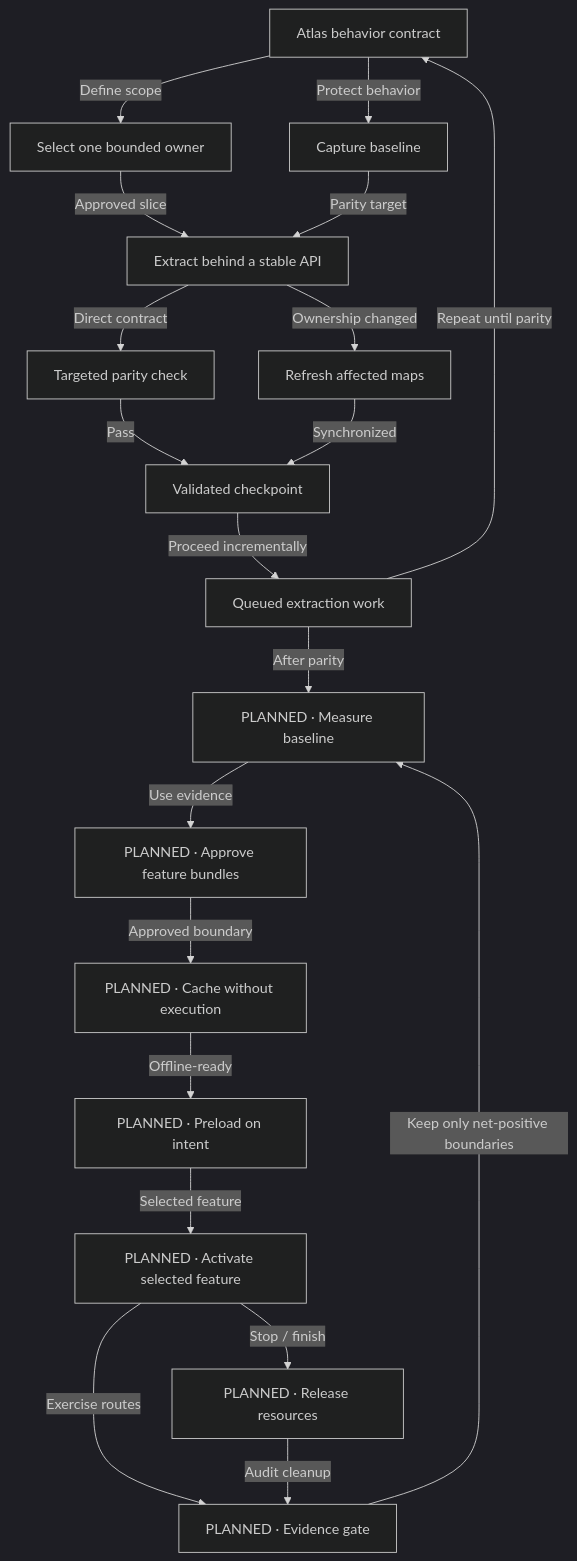
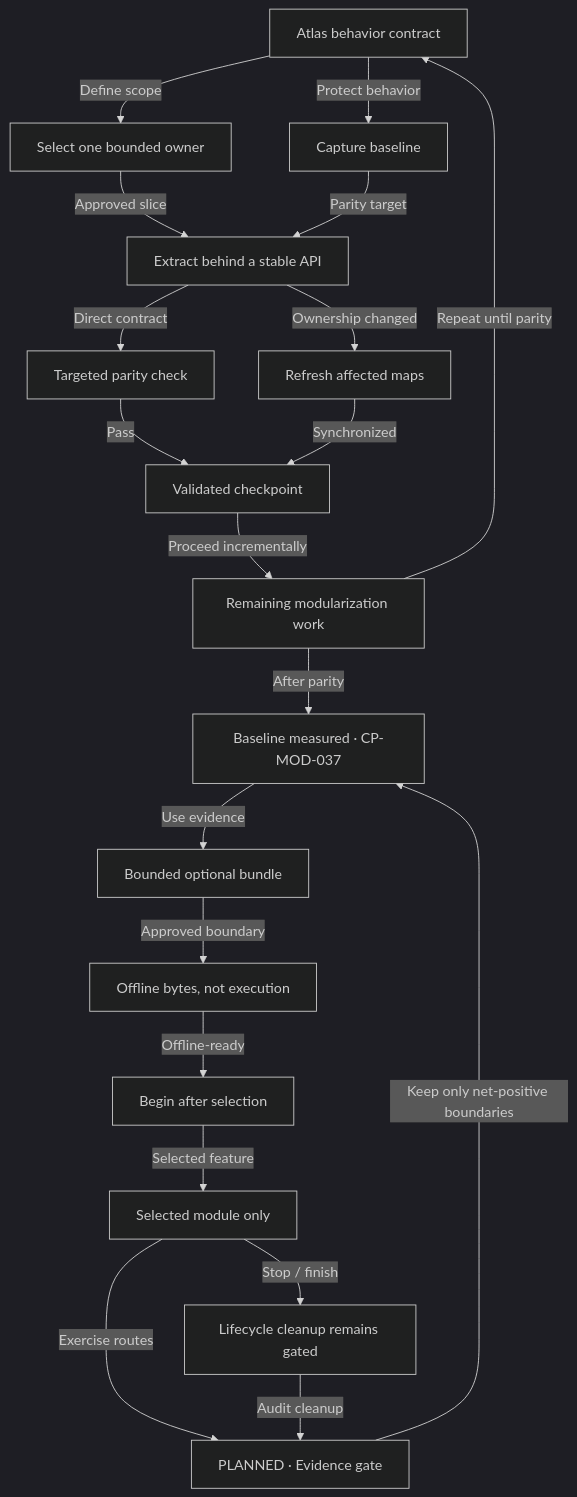
The third of 43 diagrams in docs/app-map/FLOW-REFERENCE.md (missionode/lite), drawn with Mermaid (dark theme) before and after one commit. The commit also changed other lines of this file and 47 other files, not shown here.

````diff
--- a/docs/app-map/FLOW-REFERENCE.md
+++ b/docs/app-map/FLOW-REFERENCE.md
@@ -159,37 +159,37 @@
 ```mermaid
 flowchart TD
   atlas["Atlas behavior contract"]
   boundary["Select one bounded owner"]
   baseline["Capture baseline"]
   extract["Extract behind a stable API"]
   test["Targeted parity check"]
   maps["Refresh affected maps"]
   checkpoint["Validated checkpoint"]
-  next["Queued extraction work"]
-  measure["PLANNED · Measure baseline"]
-  partition["PLANNED · Approve feature bundles"]
-  cache["PLANNED · Cache without execution"]
-  preload["PLANNED · Preload on intent"]
-  activate["PLANNED · Activate selected feature"]
-  release["PLANNED · Release resources"]
+  next["Remaining modularization work"]
+  measure["Baseline measured · CP-MOD-037"]
+  partition["Bounded optional bundle"]
+  cache["Offline bytes, not execution"]
+  preload["Begin after selection"]
+  activate["Selected module only"]
+  release["Lifecycle cleanup remains gated"]
   verify["PLANNED · Evidence gate"]
   atlas -->|"Define scope"| boundary
   atlas -->|"Protect behavior"| baseline
   boundary -->|"Approved slice"| extract
   baseline -->|"Parity target"| extract
   extract -->|"Direct contract"| test
   extract -->|"Ownership changed"| maps
   test -->|"Pass"| checkpoint
   maps -->|"Synchronized"| checkpoint
   checkpoint -->|"Proceed incrementally"| next
   next -->|"Repeat until parity"| atlas
   next -->|"After parity"| measure
   measure -->|"Use evidence"| partition
   partition -->|"Approved boundary"| cache
   cache -->|"Offline-ready"| preload
   preload -->|"Selected feature"| activate
   activate -->|"Stop / finish"| release
   activate -->|"Exercise routes"| verify
   release -->|"Audit cleanup"| verify
   verify -->|"Keep only net-positive boundaries"| measure
 ```
````
